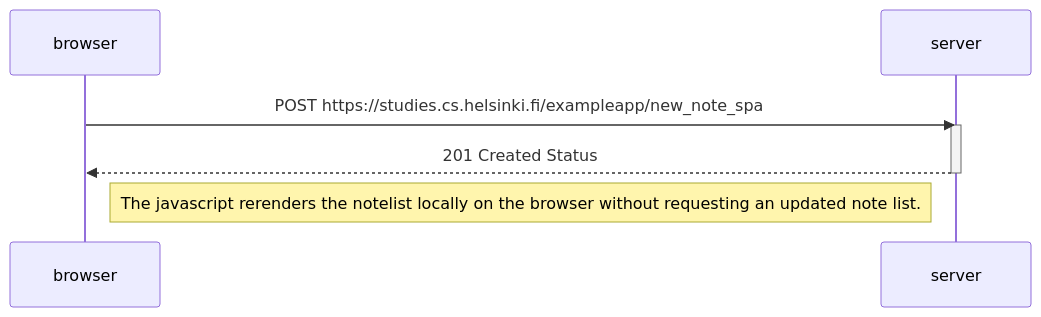
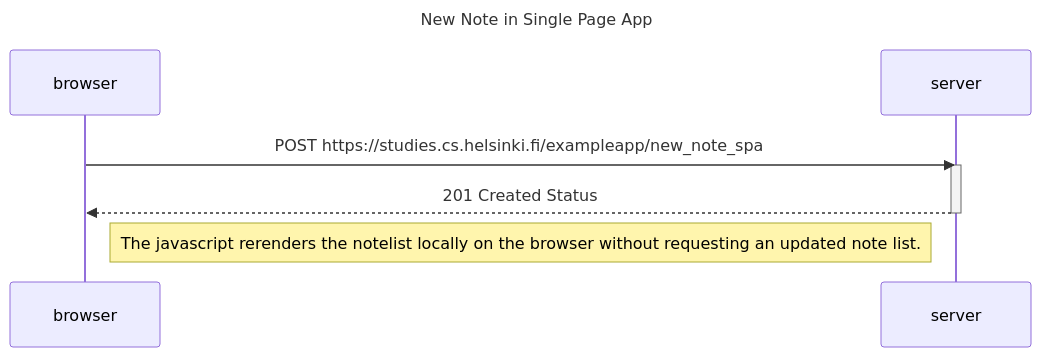
One commit to RunLikeAnAntelope/FullStackOpen changed the diagram in part0/0.6.md. Above: the diagram before and after it, drawn with Mermaid.

Commit message:
Update 0.6.md
Added title

````diff
--- a/part0/0.6.md
+++ b/part0/0.6.md
@@ -2,15 +2,15 @@
 ```mermaid
-sequenceDiagram
+sequenceDiagram title New Note in Single Page App
     participant browser
     participant server
 
     browser->>server: POST https://studies.cs.helsinki.fi/exampleapp/new_note_spa
     activate server
     server-->>browser: 201 Created Status
     deactivate server
 
 Note right of browser: The javascript rerenders the notelist locally on the browser without requesting an updated note list.
 
 
     
 ```
````
